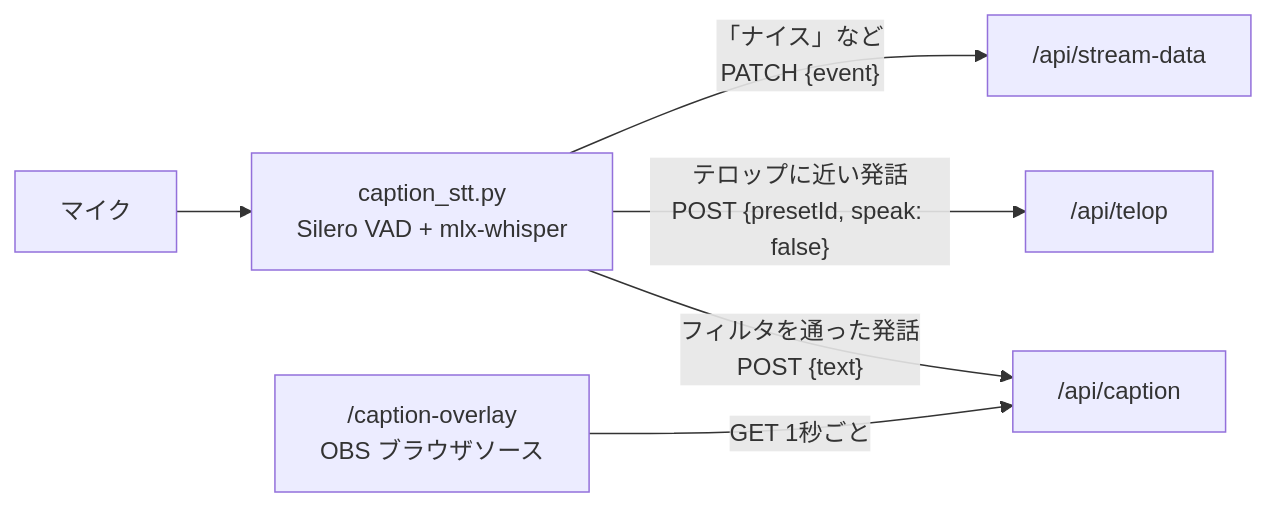
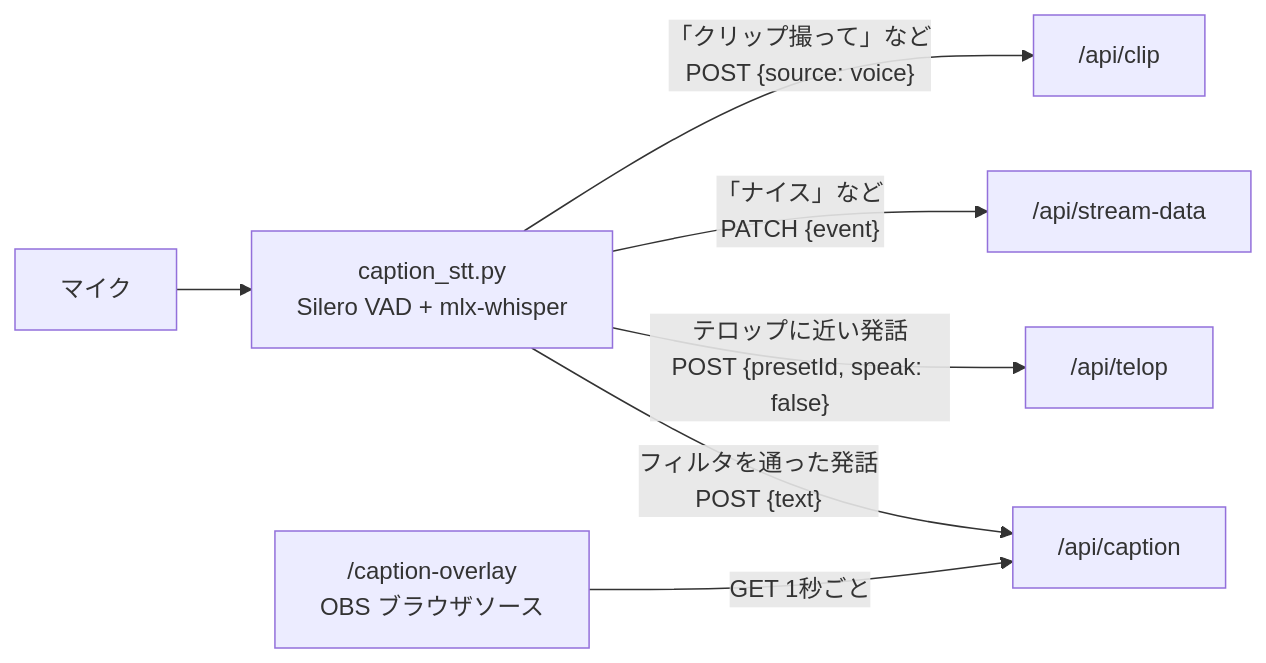
The first of 3 diagrams in README.md (eddie-splatoon/splatoon-point-counter), drawn with Mermaid before and after one commit. The commit also changed other lines of this file and 16 other files, not shown here.

````diff
--- a/README.md
+++ b/README.md
@@ -59,8 +60,9 @@
 ```mermaid
 flowchart LR
     Mic[マイク] --> STT["caption_stt.py<br/>Silero VAD + mlx-whisper"]
     STT -- "フィルタを通った発話<br/>POST {text}" --> API["/api/caption"]
     STT -- "テロップに近い発話<br/>POST {presetId, speak: false}" --> TELOP["/api/telop"]
     STT -- "「ナイス」など<br/>PATCH {event}" --> SD["/api/stream-data"]
+    STT -- "「クリップ撮って」など<br/>POST {source: voice}" --> CLIP["/api/clip"]
     OVL["/caption-overlay<br/>OBS ブラウザソース"] -- "GET 1秒ごと" --> API
 ```
````
